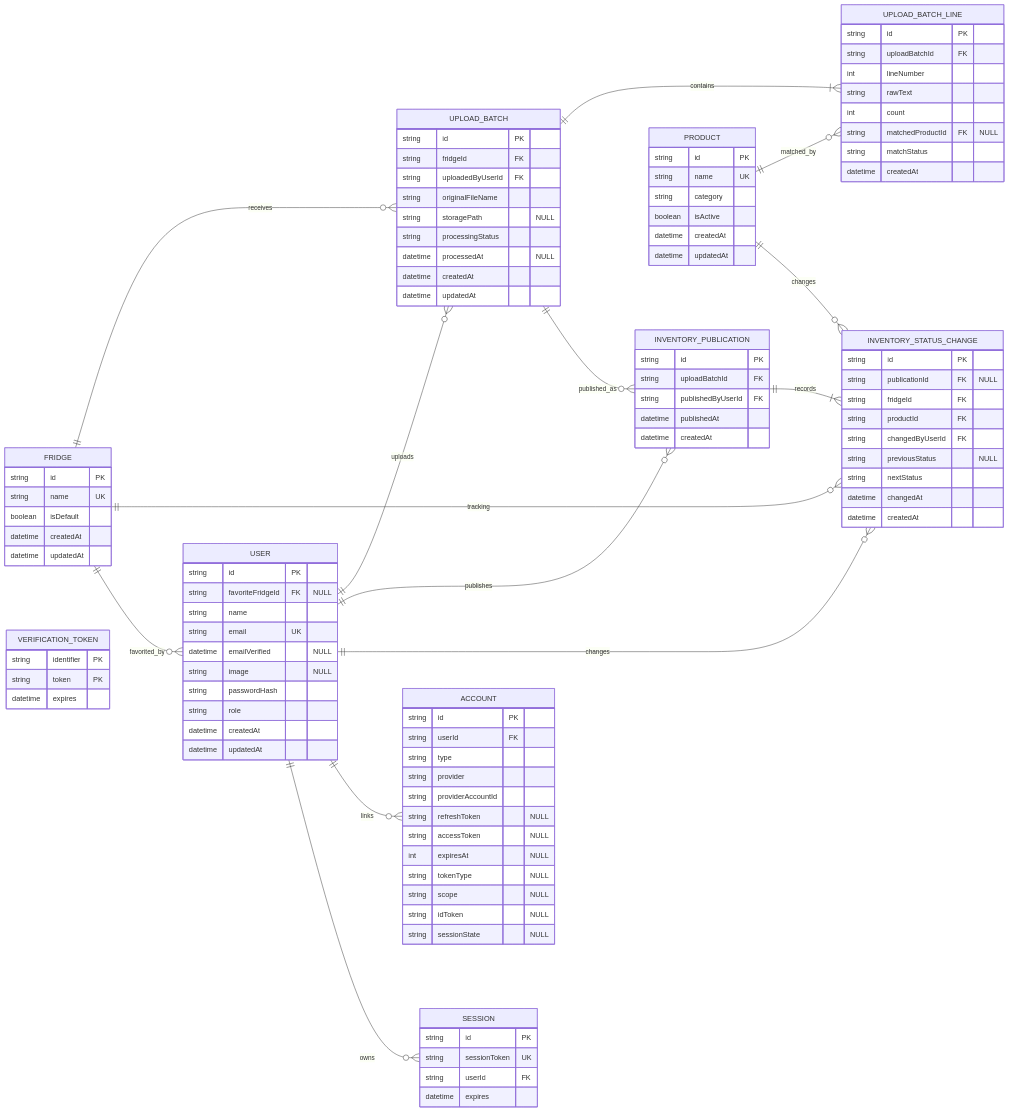
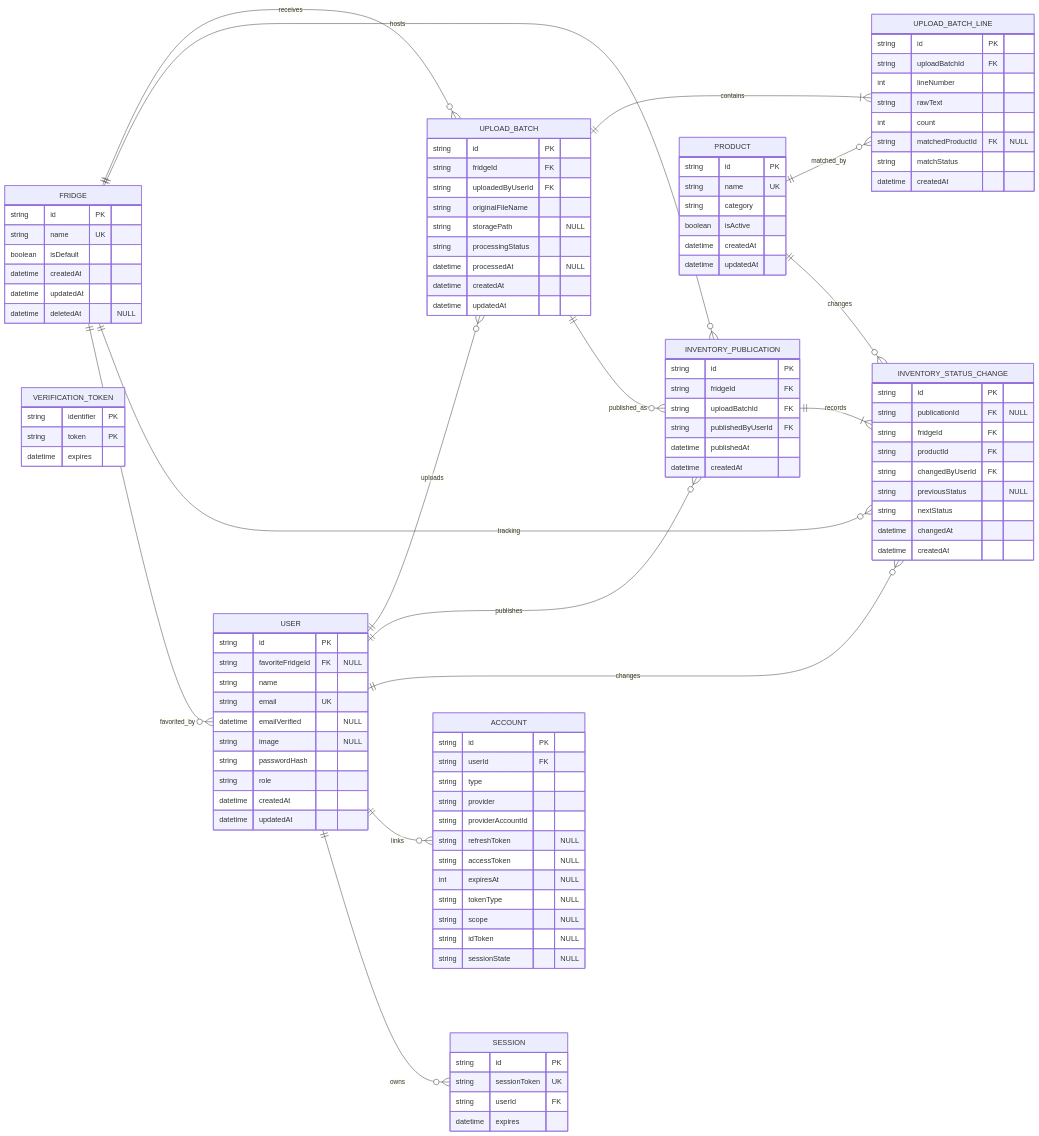
One commit to KotaOgawa221015/pan-for-play changed the diagram in docs/architecture/data_model.md. Above: the diagram before and after it, drawn with Mermaid. The commit also changed other lines of this file, not shown here.

Commit message:
docs: update data model architecture documentation

```diff
--- a/docs/architecture/data_model.md
+++ b/docs/architecture/data_model.md
@@ -20,6 +20,7 @@
     USER ||--o{ SESSION : owns
 
     FRIDGE ||--o{ UPLOAD_BATCH : receives
+    FRIDGE ||--o{ INVENTORY_PUBLICATION : hosts
     FRIDGE ||--o{ INVENTORY_STATUS_CHANGE : tracking
     FRIDGE ||--o{ USER : favorited_by
 
@@ -36,6 +37,7 @@
         boolean isDefault
         datetime createdAt
         datetime updatedAt
+        datetime deletedAt "NULL"
     }
 
     PRODUCT {
@@ -113,6 +115,7 @@
 
     INVENTORY_PUBLICATION {
         string id PK
+        string fridgeId FK
         string uploadBatchId FK
         string publishedByUserId FK
         datetime publishedAt
```
